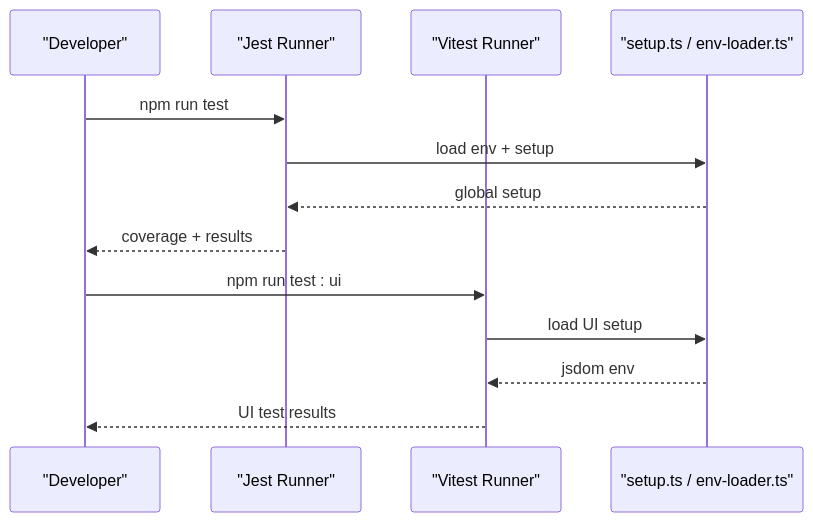
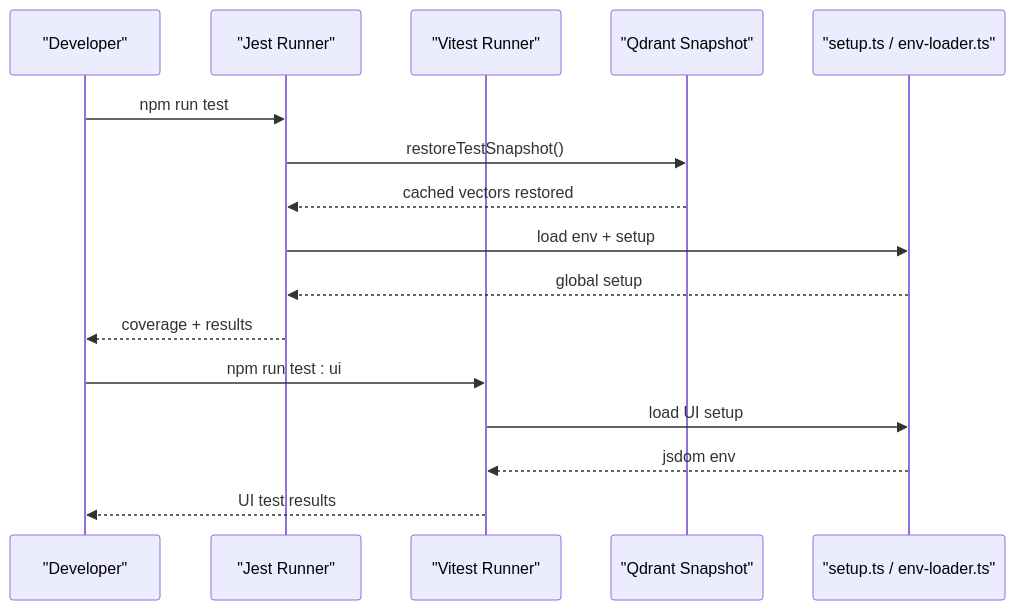
One commit to debian777/kairos-mcp changed the sixth of 12 diagrams in .qoder/repowiki/en/content/Development Tools/Development Tools.md. Above: the diagram before and after it, drawn with Mermaid. The commit also changed other lines of this file and 3 other files, not shown here.

````diff
--- a/.qoder/repowiki/en/content/Development Tools/Development Tools.md
+++ b/.qoder/repowiki/en/content/Development Tools/Development Tools.md
@@ -348,15 +383,18 @@
 ```mermaid
 sequenceDiagram
 participant Dev as "Developer"
 participant Jest as "Jest Runner"
 participant Vitest as "Vitest Runner"
+participant Snapshot as "Qdrant Snapshot"
 participant Setup as "setup.ts / env-loader.ts"
 Dev->>Jest : npm run test
+Jest->>Snapshot : restoreTestSnapshot()
+Snapshot-->>Jest : cached vectors restored
 Jest->>Setup : load env + setup
 Setup-->>Jest : global setup
 Jest-->>Dev : coverage + results
 Dev->>Vitest : npm run test : ui
 Vitest->>Setup : load UI setup
 Setup-->>Vitest : jsdom env
 Vitest-->>Dev : UI test results
 ```
````
